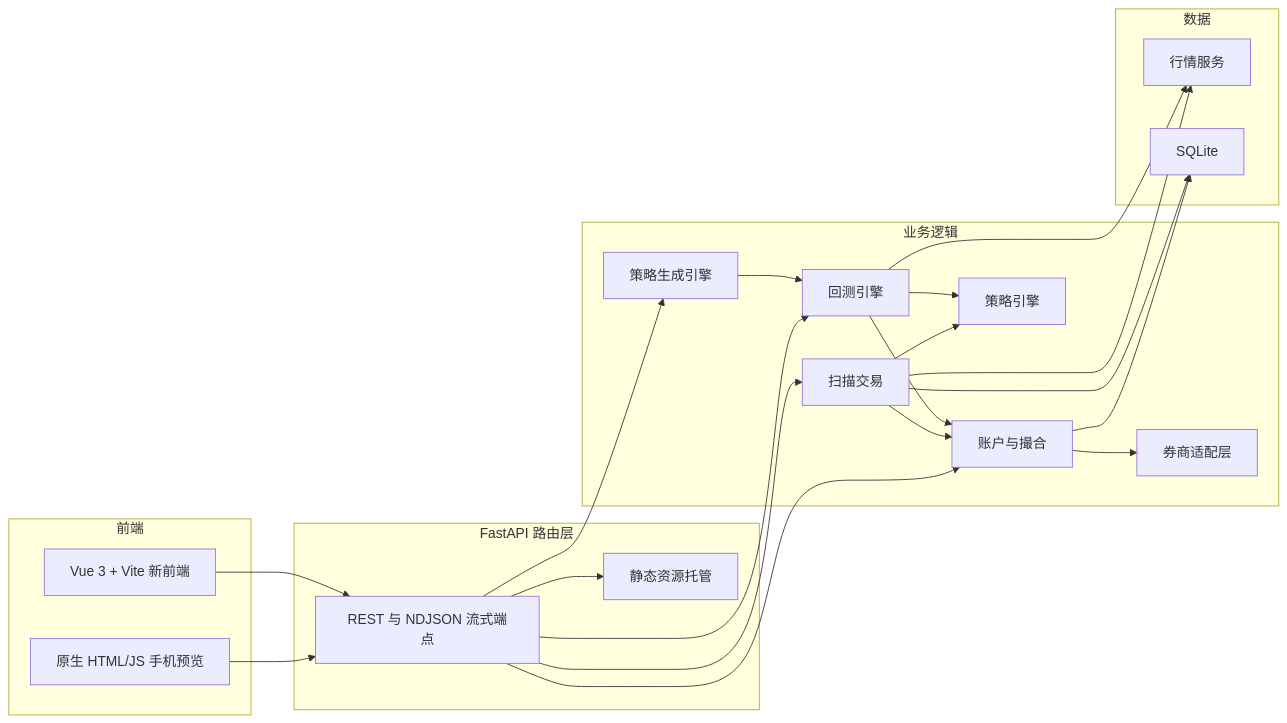
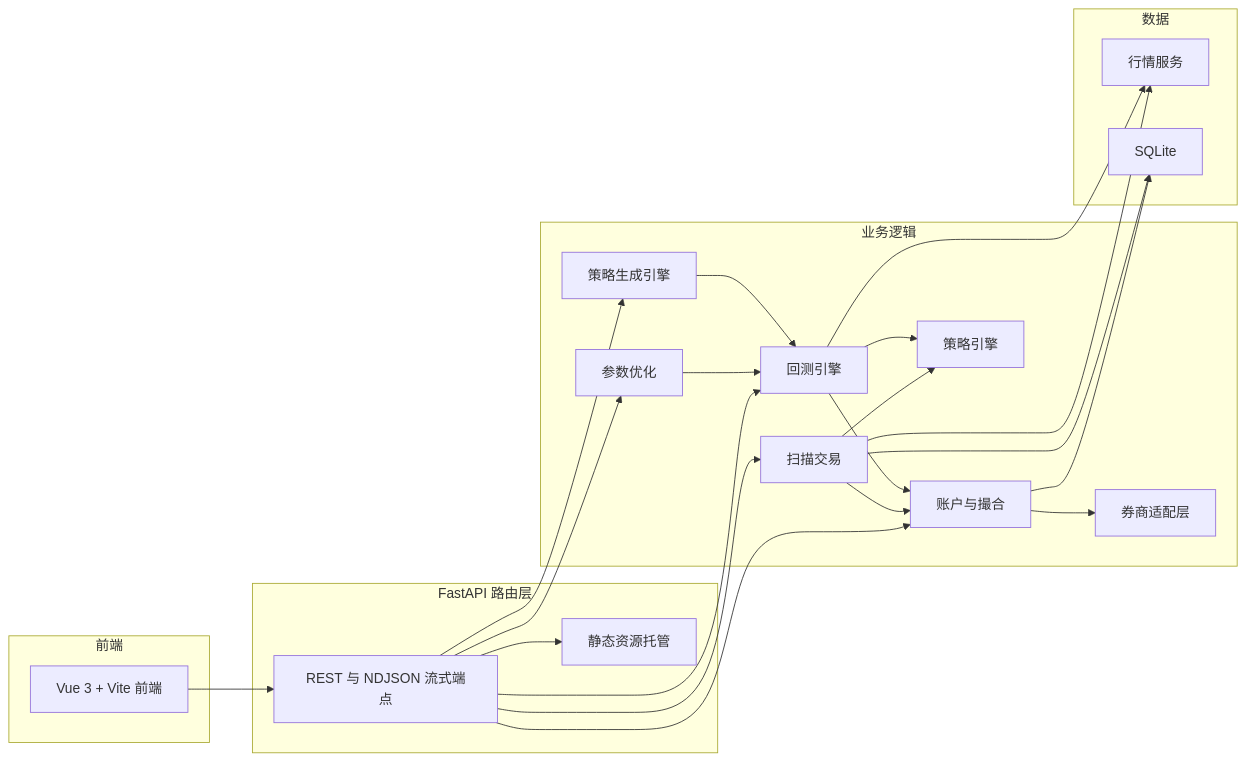
Before and after one commit to ttao159/A-: the first of 2 diagrams in .monkeycode/docs/ARCHITECTURE.md, drawn with Mermaid. The commit also changed other lines of this file and 6 other files, not shown here.

````diff
--- a/.monkeycode/docs/ARCHITECTURE.md
+++ b/.monkeycode/docs/ARCHITECTURE.md
@@ -147,44 +151,45 @@
 ```mermaid
 flowchart LR
     subgraph 前端
-        Old["原生 HTML/JS 手机预览"]
-        New["Vue 3 + Vite 新前端"]
+        Web["Vue 3 + Vite 前端"]
     end
 
     subgraph API层["FastAPI 路由层"]
         Routes["REST 与 NDJSON 流式端点"]
         Static["静态资源托管"]
     end
 
     subgraph 业务逻辑
         Scanner["扫描交易"]
         Backtest["回测引擎"]
+        Optimizer["参数优化"]
         Generator["策略生成引擎"]
         Account["账户与撮合"]
         StrategyEngine["策略引擎"]
         Broker["券商适配层"]
     end
 
     subgraph 数据
         Market["行情服务"]
         DB["SQLite"]
     end
 
-    Old --> Routes
-    New --> Routes
+    Web --> Routes
     Routes --> Static
     Routes --> Scanner
     Routes --> Backtest
+    Routes --> Optimizer
     Routes --> Generator
     Routes --> Account
     Scanner --> Account
     Scanner --> StrategyEngine
     Backtest --> StrategyEngine
     Backtest --> Account
+    Optimizer --> Backtest
     Generator --> Backtest
     Account --> Broker
     Scanner --> Market
     Backtest --> Market
     Account --> DB
     Scanner --> DB
 ```
````
